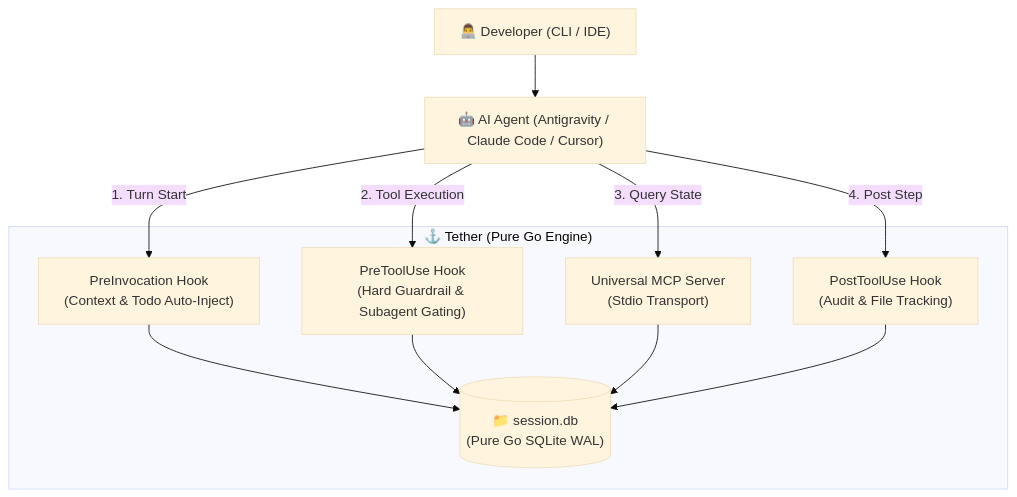
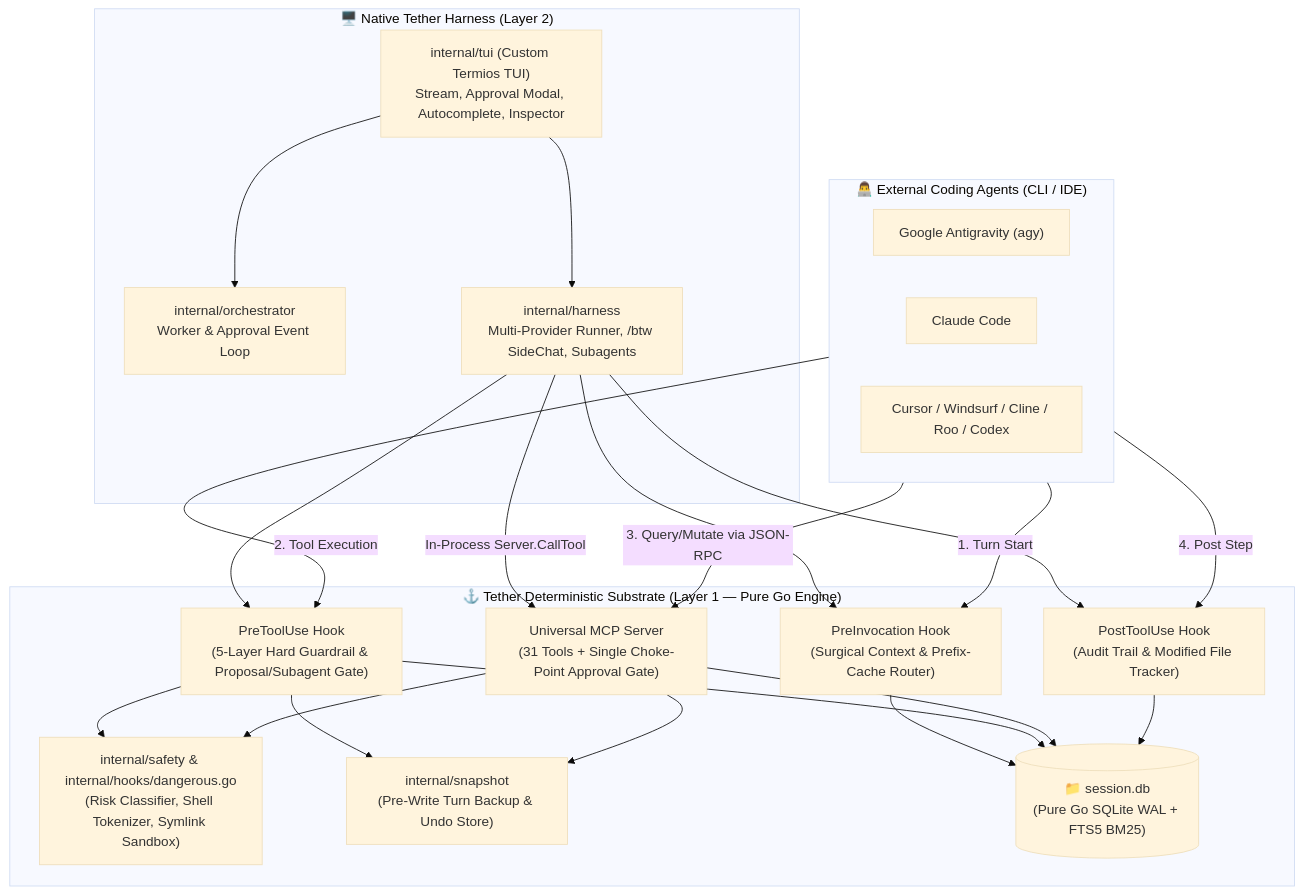
One commit to crossparties/tether changed the diagram in docs/architecture.md. Above: the diagram before and after it, drawn with Mermaid (base theme). The commit also changed other lines of this file and 85 other files, not shown here.

````diff
--- a/docs/architecture.md
+++ b/docs/architecture.md
@@ -9,23 +16,45 @@
 ```mermaid
-flowchart TD
-    User["👨‍💻 Developer (CLI / IDE)"] --> Agent["🤖 AI Agent (Antigravity / Claude Code / Cursor)"]
-    
-    subgraph Tether Substrate ["⚓ Tether (Pure Go Engine)"]
-        HookPreInv["PreInvocation Hook\n(Context & Todo Auto-Inject)"]
-        HookPreTool["PreToolUse Hook\n(Hard Guardrail & Subagent Gating)"]
-        MCPServer["Universal MCP Server\n(Stdio Transport)"]
-        HookPostTool["PostToolUse Hook\n(Audit & File Tracking)"]
-        
-        DB[("📁 session.db\n(Pure Go SQLite WAL)")]
-        
-        HookPreInv --> DB
-        HookPreTool --> DB
-        MCPServer --> DB
-        HookPostTool --> DB
+flowchart TB
+    subgraph ExternalAgents["👨‍💻 External Coding Agents (CLI / IDE)"]
+        Agy["Google Antigravity (agy)"]
+        Claude["Claude Code"]
+        Cursor["Cursor / Windsurf / Cline / Roo / Codex"]
     end
-    
-    Agent -->|1. Turn Start| HookPreInv
-    Agent -->|2. Tool Execution| HookPreTool
-    Agent -->|3. Query State| MCPServer
-    Agent -->|4. Post Step| HookPostTool
+
+    subgraph NativeHarness["🖥️ Native Tether Harness (Layer 2)"]
+        TUI["internal/tui (Custom Termios TUI)\nStream, Approval Modal, Autocomplete, Inspector"]
+        Orch["internal/orchestrator\nWorker & Approval Event Loop"]
+        Harness["internal/harness\nMulti-Provider Runner, /btw SideChat, Subagents"]
+    end
+
+    subgraph TetherSubstrate["⚓ Tether Deterministic Substrate (Layer 1 — Pure Go Engine)"]
+        HookPreInv["PreInvocation Hook\n(Surgical Context & Prefix-Cache Router)"]
+        HookPreTool["PreToolUse Hook\n(5-Layer Hard Guardrail & Proposal/Subagent Gate)"]
+        MCPServer["Universal MCP Server\n(31 Tools + Single Choke-Point Approval Gate)"]
+        HookPostTool["PostToolUse Hook\n(Audit Trail & Modified File Tracker)"]
+        Safety["internal/safety & internal/hooks/dangerous.go\n(Risk Classifier, Shell Tokenizer, Symlink Sandbox)"]
+        Snapshot["internal/snapshot\n(Pre-Write Turn Backup & Undo Store)"]
+        DB[("📁 session.db\n(Pure Go SQLite WAL + FTS5 BM25)")]
+    end
+
+    ExternalAgents -->|1. Turn Start| HookPreInv
+    ExternalAgents -->|2. Tool Execution| HookPreTool
+    ExternalAgents -->|3. Query/Mutate via JSON-RPC| MCPServer
+    ExternalAgents -->|4. Post Step| HookPostTool
+
+    TUI --> Orch
+    TUI --> Harness
+    Harness -->|In-Process Server.CallTool| MCPServer
+    Harness --> HookPreInv
+    Harness --> HookPreTool
+    Harness --> HookPostTool
+
+    HookPreInv --> DB
+    HookPreTool --> Safety
+    HookPreTool --> Snapshot
+    HookPreTool --> DB
+    MCPServer --> Safety
+    MCPServer --> Snapshot
+    MCPServer --> DB
+    HookPostTool --> DB
 ```
````
